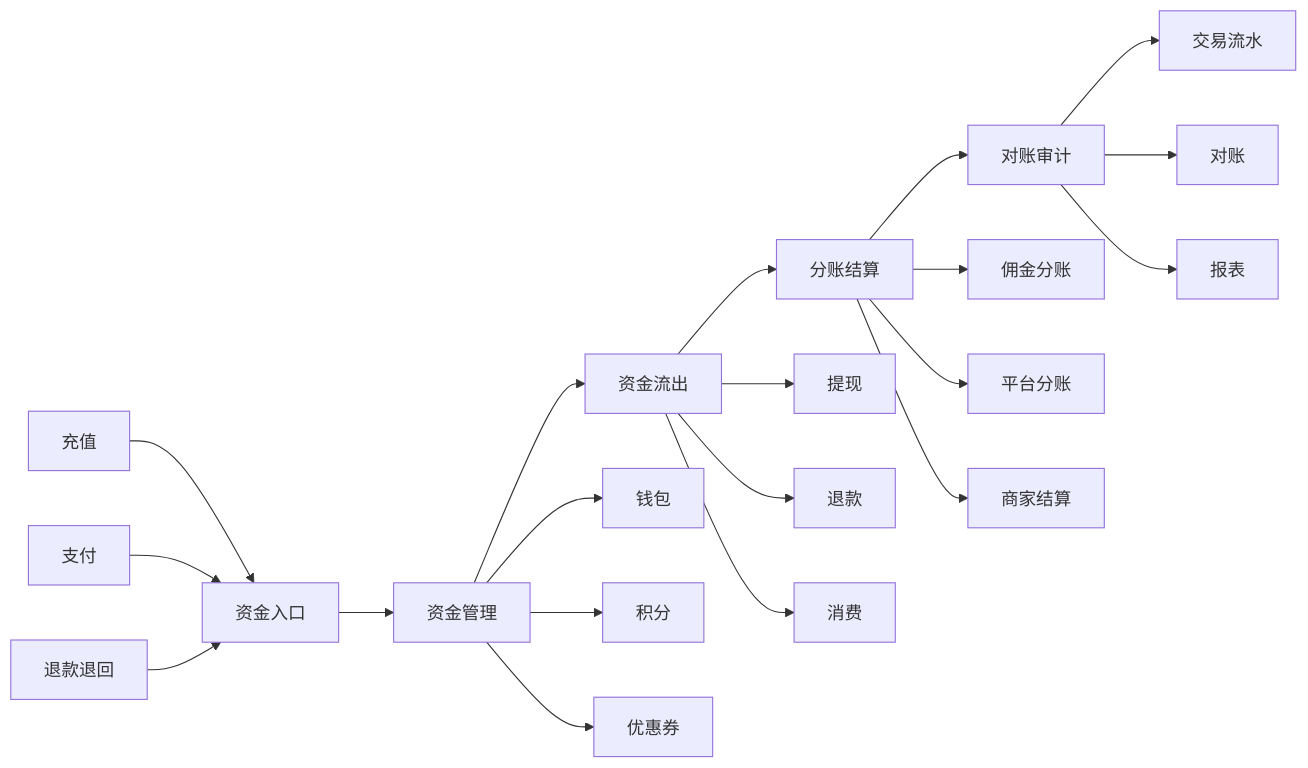
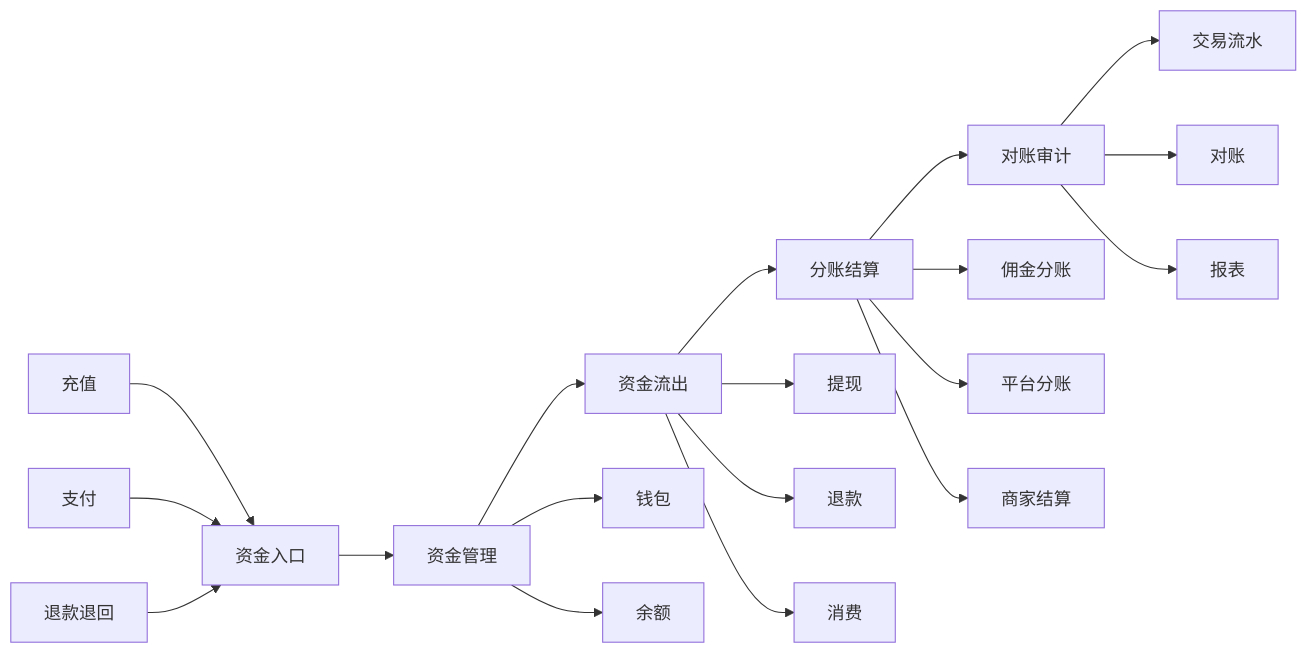
One commit to hqh-dot-wj/O2O-Mall-project changed the first of 4 diagrams in apps/backend/docs/requirements/finance/finance-overall-analysis.md. Above: the diagram before and after it, drawn with Mermaid. The commit also changed other lines of this file and 164 other files, not shown here.

````diff
--- a/apps/backend/docs/requirements/finance/finance-overall-analysis.md
+++ b/apps/backend/docs/requirements/finance/finance-overall-analysis.md
@@ -129,27 +135,26 @@
 ```mermaid
 graph LR
     A[资金入口] --> B[资金管理]
     B --> C[资金流出]
     C --> D[分账结算]
     D --> E[对账审计]
 
     A1[充值] --> A
     A2[支付] --> A
     A3[退款退回] --> A
 
     B --> B1[钱包]
-    B --> B2[积分]
-    B --> B3[优惠券]
+    B --> B2[余额]
 
     C --> C1[提现]
     C --> C2[退款]
     C --> C3[消费]
 
     D --> D1[佣金分账]
     D --> D2[平台分账]
     D --> D3[商家结算]
 
     E --> E1[交易流水]
     E --> E2[对账]
     E --> E3[报表]
 ```
````
